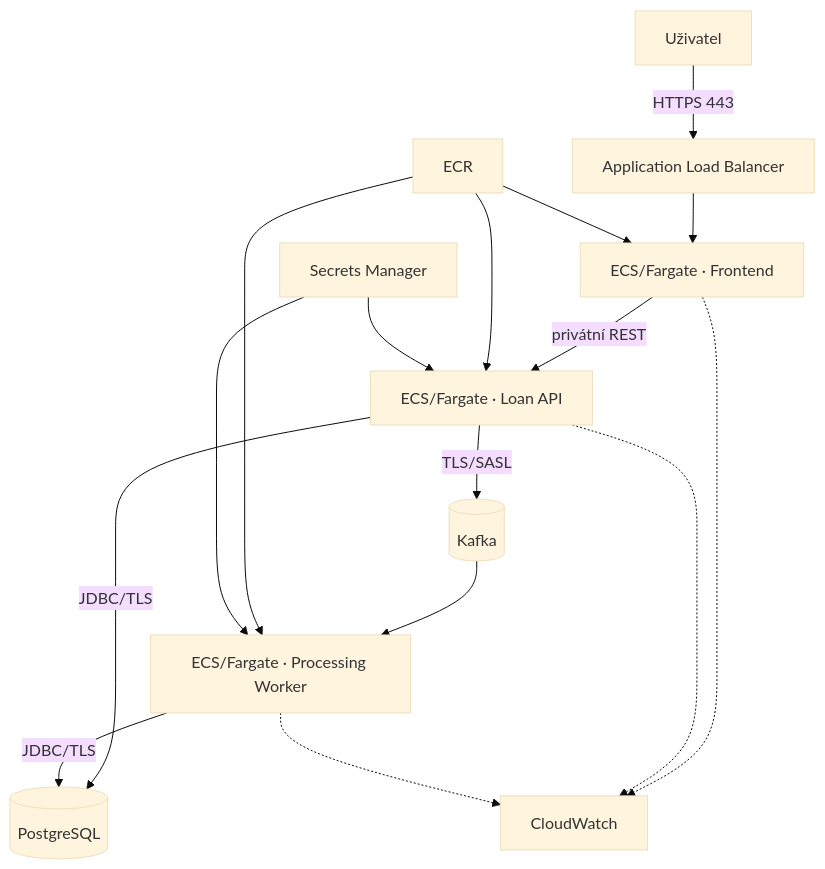
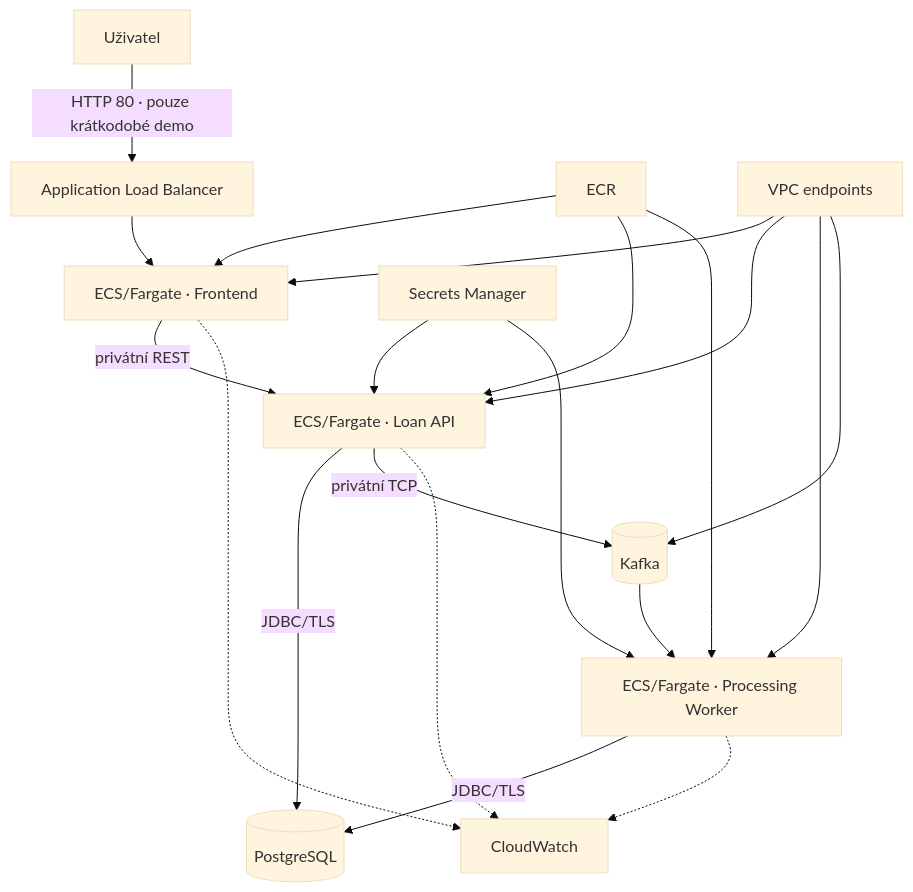
One commit to matyzatka/devbank-loan-platform changed the diagram in docs/aws-architecture.md. Above: the diagram before and after it, drawn with Mermaid (base theme). The commit also changed other lines of this file and 23 other files, not shown here.

````diff
--- a/docs/aws-architecture.md
+++ b/docs/aws-architecture.md
@@ -17,18 +18,22 @@
 ```mermaid
 flowchart TB
-    U["Uživatel"] -->|"HTTPS 443"| ALB["Application Load Balancer"]
+    U["Uživatel"] -->|"HTTP 80 · pouze krátkodobé demo"| ALB["Application Load Balancer"]
     ALB --> FE["ECS/Fargate · Frontend"]
     FE -->|"privátní REST"| API["ECS/Fargate · Loan API"]
     API -->|"JDBC/TLS"| PG[("PostgreSQL")]
-    API -->|"TLS/SASL"| K[("Kafka")]
+    API -->|"privátní TCP"| K[("Kafka")]
     K --> W["ECS/Fargate · Processing Worker"]
     W -->|"JDBC/TLS"| PG
     FE -.-> CW["CloudWatch"]
     API -.-> CW
     W -.-> CW
     ECR["ECR"] --> FE
     ECR --> API
     ECR --> W
+    VPCE["VPC endpoints"] --> FE
+    VPCE --> API
+    VPCE --> W
+    VPCE --> K
     SM["Secrets Manager"] --> API
     SM --> W
 ```
````
